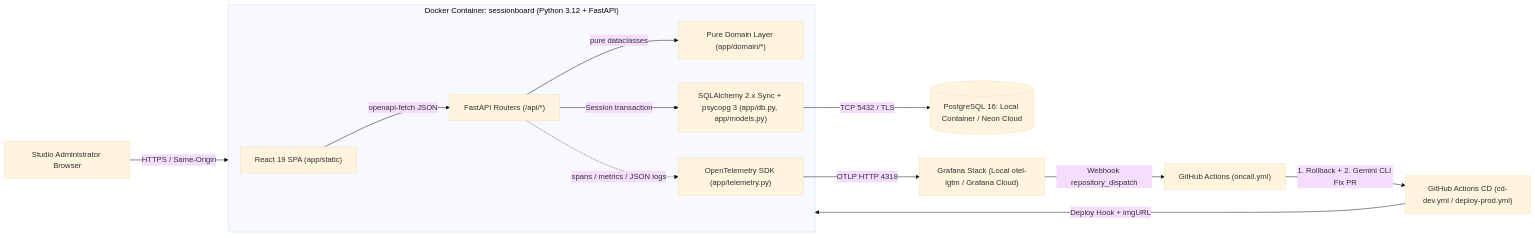
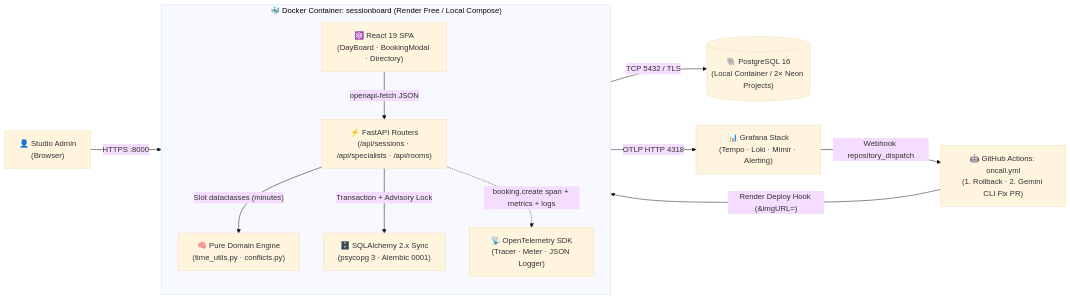
One commit to brut0/sessionboard changed the first of 4 diagrams in docs/architecture.md. Above: the diagram before and after it, drawn with Mermaid (base theme). The commit also changed other lines of this file and 2 other files, not shown here.

First line of the commit message:
docs: enrich architecture diagrams and add interactive arch explorer & root README

````diff
--- a/docs/architecture.md
+++ b/docs/architecture.md
@@ -10,23 +21,23 @@
 ```mermaid
 flowchart LR
-  Admin[Studio Administrator Browser] -->|HTTPS / Same-Origin| APP
+  Admin["👤 Studio Admin<br/>(Browser)"] -->|HTTPS :8000| SPA
 
-  subgraph APP["Docker Container: sessionboard (Python 3.12 + FastAPI)"]
-    SPA["React 19 SPA (app/static)"]
-    API["FastAPI Routers (/api/*)"]
-    DOM["Pure Domain Layer (app/domain/*)"]
-    DB_LAYER["SQLAlchemy 2.x Sync + psycopg 3 (app/db.py, app/models.py)"]
-    OTEL["OpenTelemetry SDK (app/telemetry.py)"]
+  subgraph APP["🐳 Docker Container: sessionboard (Render Free / Local Compose)"]
+    direction TB
+    SPA["⚛️ React 19 SPA<br/>(DayBoard · BookingModal · Directory)"]
+    API["⚡ FastAPI Routers<br/>(/api/sessions · /api/specialists · /api/rooms)"]
+    DOM["🧠 Pure Domain Engine<br/>(time_utils.py · conflicts.py)"]
+    ORM["🗄️ SQLAlchemy 2.x Sync<br/>(psycopg 3 · Alembic 0001)"]
+    OTEL["📡 OpenTelemetry SDK<br/>(Tracer · Meter · JSON Logger)"]
 
-    SPA -->|openapi-fetch JSON| API
-    API -->|pure dataclasses| DOM
-    API -->|Session transaction| DB_LAYER
-    API -. spans / metrics / JSON logs .-> OTEL
+    SPA -->|"openapi-fetch JSON"| API
+    API -->|"Slot dataclasses (minutes)"| DOM
+    API -->|"Transaction + Advisory Lock"| ORM
+    API -. "booking.create span + metrics + logs" .-> OTEL
   end
 
-  DB_LAYER -->|TCP 5432 / TLS| PG[(PostgreSQL 16: Local Container / Neon Cloud)]
-  OTEL -->|OTLP HTTP 4318| LGTM["Grafana Stack (Local otel-lgtm / Grafana Cloud)"]
-  LGTM -->|Webhook repository_dispatch| GH["GitHub Actions (oncall.yml)"]
-  GH -->|1. Rollback + 2. Gemini CLI Fix PR| CD["GitHub Actions CD (cd-dev.yml / deploy-prod.yml)"]
-  CD -->|Deploy Hook + imgURL| APP
+  ORM -->|"TCP 5432 / TLS"| PG[("🐘 PostgreSQL 16<br/>(Local Container / 2× Neon Projects)")]
+  OTEL -->|"OTLP HTTP 4318"| LGTM["📊 Grafana Stack<br/>(Tempo · Loki · Mimir · Alerting)"]
+  LGTM -->|"Webhook repository_dispatch"| ONCALL["🤖 GitHub Actions: oncall.yml<br/>(1. Rollback · 2. Gemini CLI Fix PR)"]
+  ONCALL -->|"Render Deploy Hook (&imgURL=)"| APP
 ```
````
